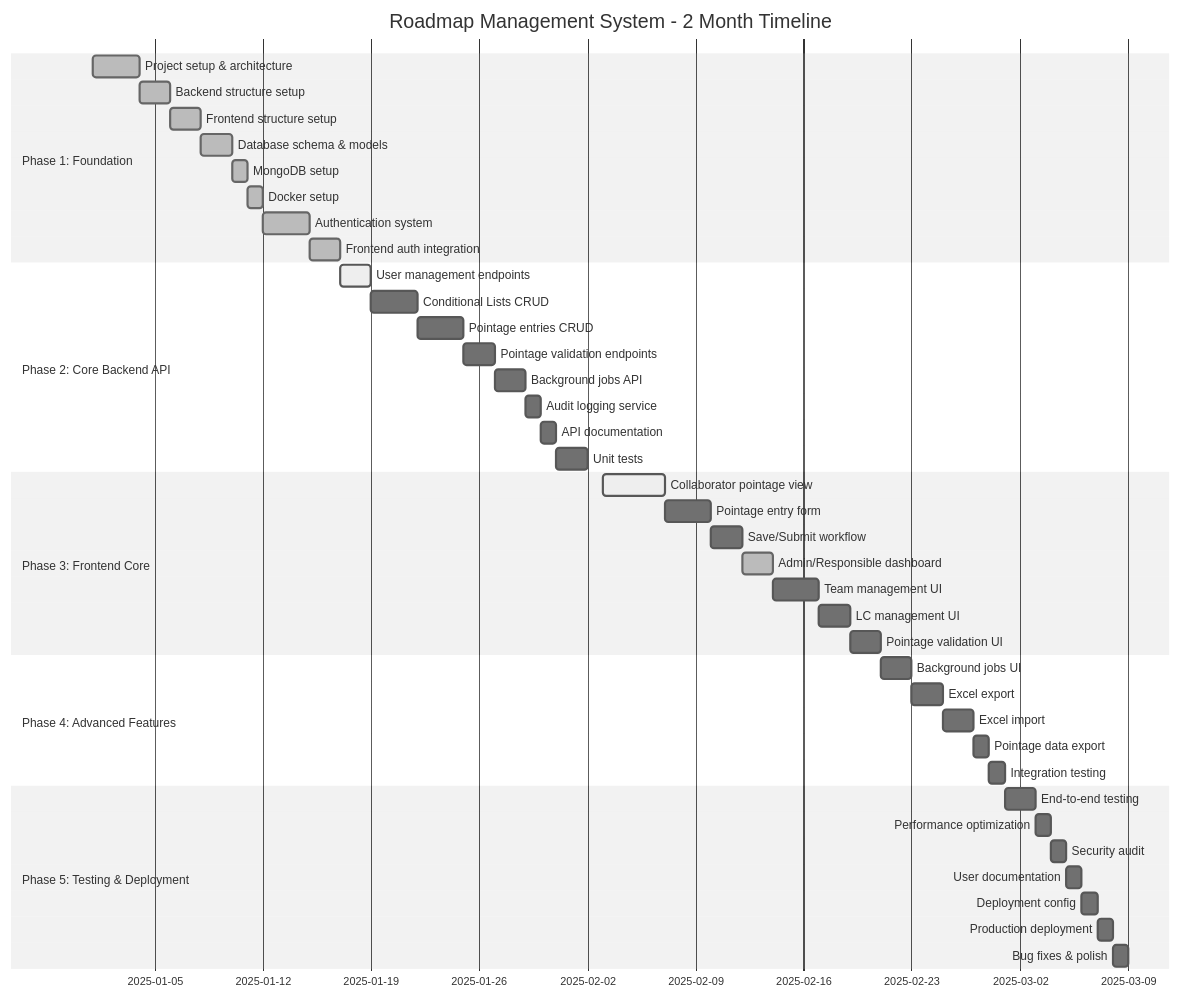
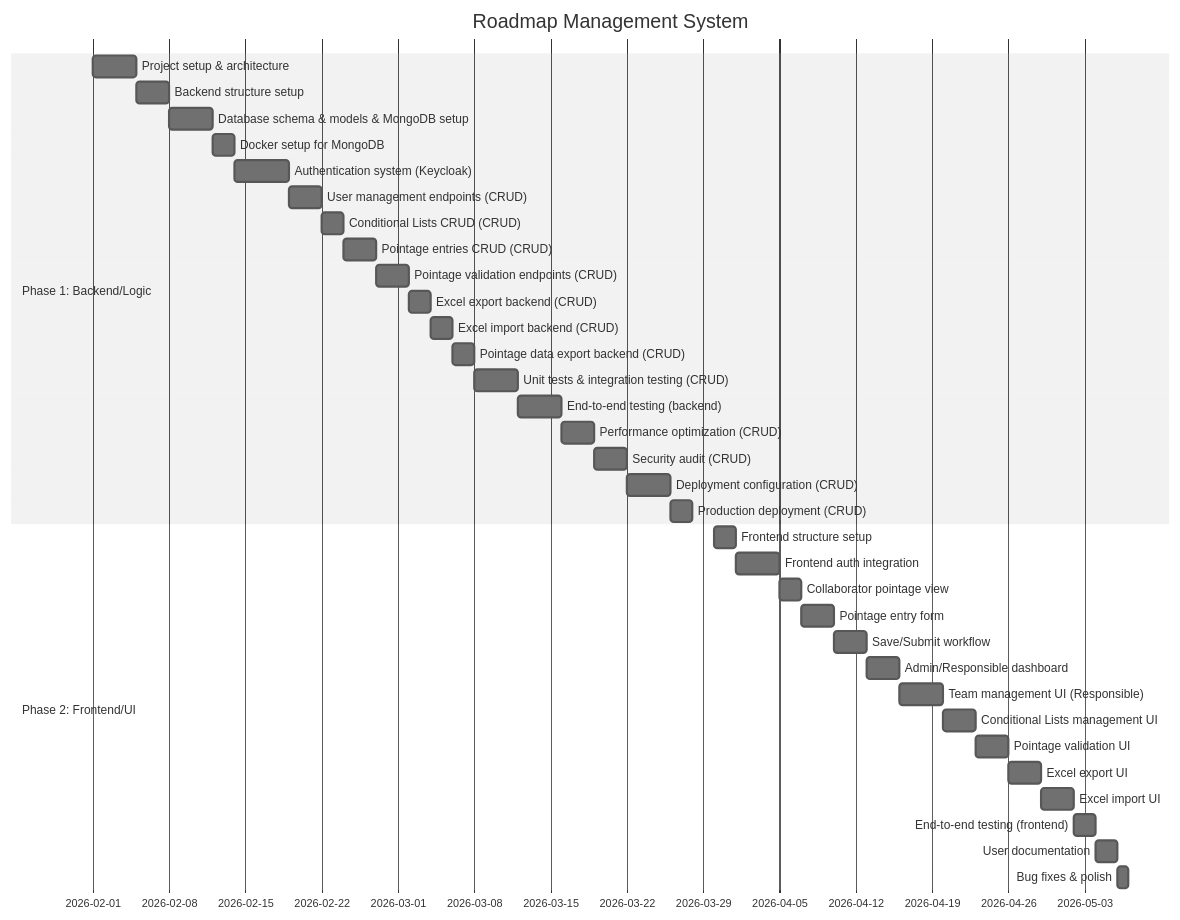
One commit to chiyonofujikam/roadmap-manager-v2 changed the diagram in GANTT.md. Above: the diagram before and after it, drawn with Mermaid (neutral theme). The commit also changed other lines of this file and 24 other files, not shown here.

````diff
--- a/GANTT.md
+++ b/GANTT.md
@@ -5,49 +9,40 @@
 ```mermaid
 gantt
-    title Roadmap Management System - 2 Month Timeline
+    title Roadmap Management System
     dateFormat  YYYY-MM-DD
-    section Phase 1: Foundation
-    Project setup & architecture        :done, setup, 2025-01-01, 3d
-    Backend structure setup            :done, backend-setup, 2025-01-04, 2d
-    Frontend structure setup           :done, frontend-setup, 2025-01-06, 2d
-    Database schema & models           :done, db-schema, 2025-01-08, 2d
-    MongoDB setup                      :done, mongodb, 2025-01-10, 1d
-    Docker setup                       :done, docker, 2025-01-11, 1d
-    Authentication system              :done, auth, 2025-01-12, 3d
-    Frontend auth integration          :done, frontend-auth, 2025-01-15, 2d
+    section Phase 1: Backend/Logic
+    Project setup & architecture                      :setup, 2026-02-01, 4d
+    Backend structure setup                           :backend-setup, 2026-02-05, 3d
+    Database schema & models & MongoDB setup          :db-schema, 2026-02-08, 4d
+    Docker setup for MongoDB                          :docker, 2026-02-12, 2d
+    Authentication system (Keycloak)                  :auth, 2026-02-14, 5d
+    User management endpoints  (CRUD)                 :user-api, 2026-02-19, 3d
+    Conditional Lists CRUD (CRUD)                     :lc-api, 2026-02-22, 2d
+    Pointage entries CRUD (CRUD)                      :pointage-api, 2026-02-24, 3d
+    Pointage validation endpoints (CRUD)              :validation-api, 2026-02-27, 3d
+    Excel export backend (CRUD)                       :excel-export-backend, 2026-03-02, 2d
+    Excel import backend (CRUD)                       :excel-import-backend, 2026-03-04, 2d
+    Pointage data export backend (CRUD)               :data-export-backend, 2026-03-06, 2d
+    Unit tests & integration testing (CRUD)           :tests-backend, 2026-03-08, 4d
+    End-to-end testing (backend)                      :e2e-backend, 2026-03-12, 4d
+    Performance optimization (CRUD)                   :perf, 2026-03-16, 3d
+    Security audit (CRUD)                             :security, 2026-03-19, 3d
+    Deployment configuration (CRUD)                   :deploy-config, 2026-03-22, 4d
+    Production deployment (CRUD)                      :deploy, 2026-03-26, 2d
     
-    section Phase 2: Core Backend API
-    User management endpoints          :active, user-api, 2025-01-17, 2d
-    Conditional Lists CRUD             :lc-api, 2025-01-19, 3d
-    Pointage entries CRUD             :pointage-api, 2025-01-22, 3d
-    Pointage validation endpoints      :validation-api, 2025-01-25, 2d
-    Background jobs API                :jobs-api, 2025-01-27, 2d
-    Audit logging service              :audit, 2025-01-29, 1d
-    API documentation                  :docs, 2025-01-30, 1d
-    Unit tests                         :tests-backend, 2025-01-31, 2d
-    
-    section Phase 3: Frontend Core
-    Collaborator pointage view         :active, pointage-view, 2025-02-03, 4d
-    Pointage entry form                :entry-form, 2025-02-07, 3d
-    Save/Submit workflow               :workflow, 2025-02-10, 2d
-    Admin/Responsible dashboard        :done, admin-dash, 2025-02-12, 2d
-    Team management UI                  :team-ui, 2025-02-14, 3d
-    LC management UI                    :lc-ui, 2025-02-17, 2d
-    Pointage validation UI             :validation-ui, 2025-02-19, 2d
-    
-    section Phase 4: Advanced Features
-    Background jobs UI                 :jobs-ui, 2025-02-21, 2d
-    Excel export                       :excel-export, 2025-02-23, 2d
-    Excel import                       :excel-import, 2025-02-25, 2d
-    Pointage data export               :data-export, 2025-02-27, 1d
-    Integration testing                :integration, 2025-02-28, 1d
-    
-    section Phase 5: Testing & Deployment
-    End-to-end testing                  :e2e, 2025-03-01, 2d
-    Performance optimization           :perf, 2025-03-03, 1d
-    Security audit                     :security, 2025-03-04, 1d
-    User documentation                 :user-docs, 2025-03-05, 1d
-    Deployment config                  :deploy-config, 2025-03-06, 1d
-    Production deployment              :deploy, 2025-03-07, 1d
-    Bug fixes & polish                 :polish, 2025-03-08, 1d
+    section Phase 2: Frontend/UI
+    Frontend structure setup            :frontend-setup, 2026-03-30, 2d
+    Frontend auth integration           :frontend-auth, 2026-04-01, 4d
+    Collaborator pointage view          :pointage-view, 2026-04-05, 2d
+    Pointage entry form                 :entry-form, 2026-04-07, 3d
+    Save/Submit workflow                :workflow, 2026-04-10, 3d
+    Admin/Responsible dashboard         :admin-dash, 2026-04-13, 3d
+    Team management UI (Responsible)    :team-ui, 2026-04-16, 4d
+    Conditional Lists management UI     :lc-ui, 2026-04-20, 3d
+    Pointage validation UI              :validation-ui, 2026-04-23, 3d
+    Excel export UI                     :excel-export-ui, 2026-04-26, 3d
+    Excel import UI                     :excel-import-ui, 2026-04-29, 3d
+    End-to-end testing (frontend)       :e2e-frontend, 2026-05-02, 2d
+    User documentation                  :user-docs, 2026-05-04, 2d
+    Bug fixes & polish                  :polish, 2026-05-06, 1d
 ```
````
